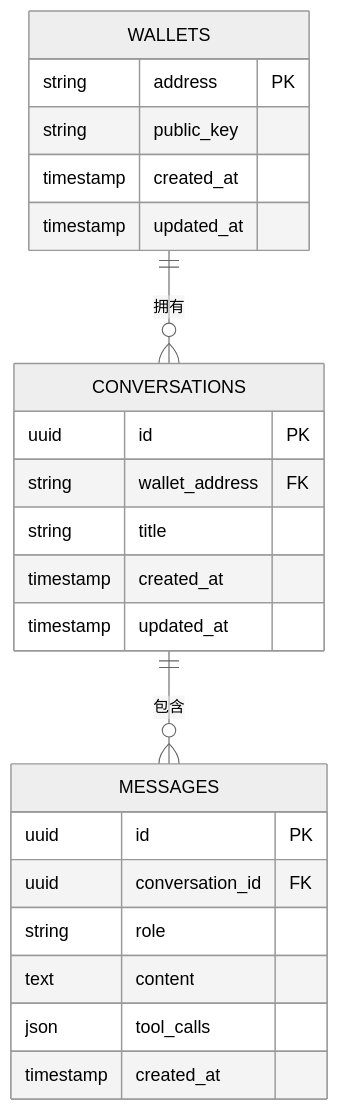
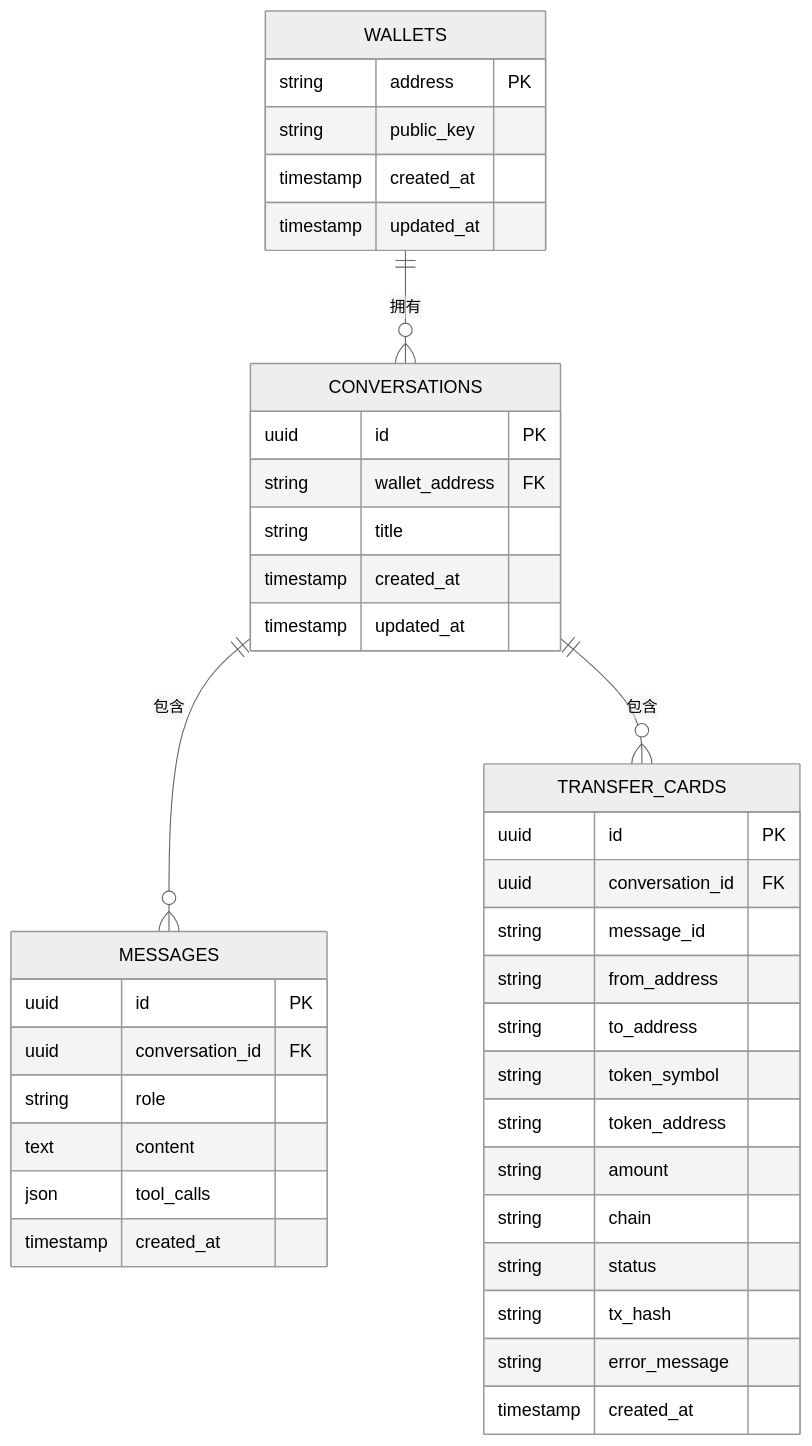
Before and after one commit to CryptoLinxu/Web3-AI-Agent: the eighth of 12 diagrams in .qoder/repowiki/zh/content/风险控制与安全/安全增强系统.md, drawn with Mermaid (neutral theme). The commit also changed other lines of this file and 11 other files, not shown here.

````diff
--- a/.qoder/repowiki/zh/content/风险控制与安全/安全增强系统.md
+++ b/.qoder/repowiki/zh/content/风险控制与安全/安全增强系统.md
@@ -255,26 +364,42 @@
 ```mermaid
 erDiagram
 WALLETS {
 string address PK
 string public_key
 timestamp created_at
 timestamp updated_at
 }
 CONVERSATIONS {
 uuid id PK
 string wallet_address FK
 string title
 timestamp created_at
 timestamp updated_at
 }
 MESSAGES {
 uuid id PK
 uuid conversation_id FK
 string role
 text content
 json tool_calls
 timestamp created_at
 }
+TRANSFER_CARDS {
+uuid id PK
+uuid conversation_id FK
+string message_id
+string from_address
+string to_address
+string token_symbol
+string token_address
+string amount
+string chain
+string status
+string tx_hash
+string error_message
+timestamp created_at
+}
 WALLETS ||--o{ CONVERSATIONS : "拥有"
 CONVERSATIONS ||--o{ MESSAGES : "包含"
+CONVERSATIONS ||--o{ TRANSFER_CARDS : "包含"
 ```
````
